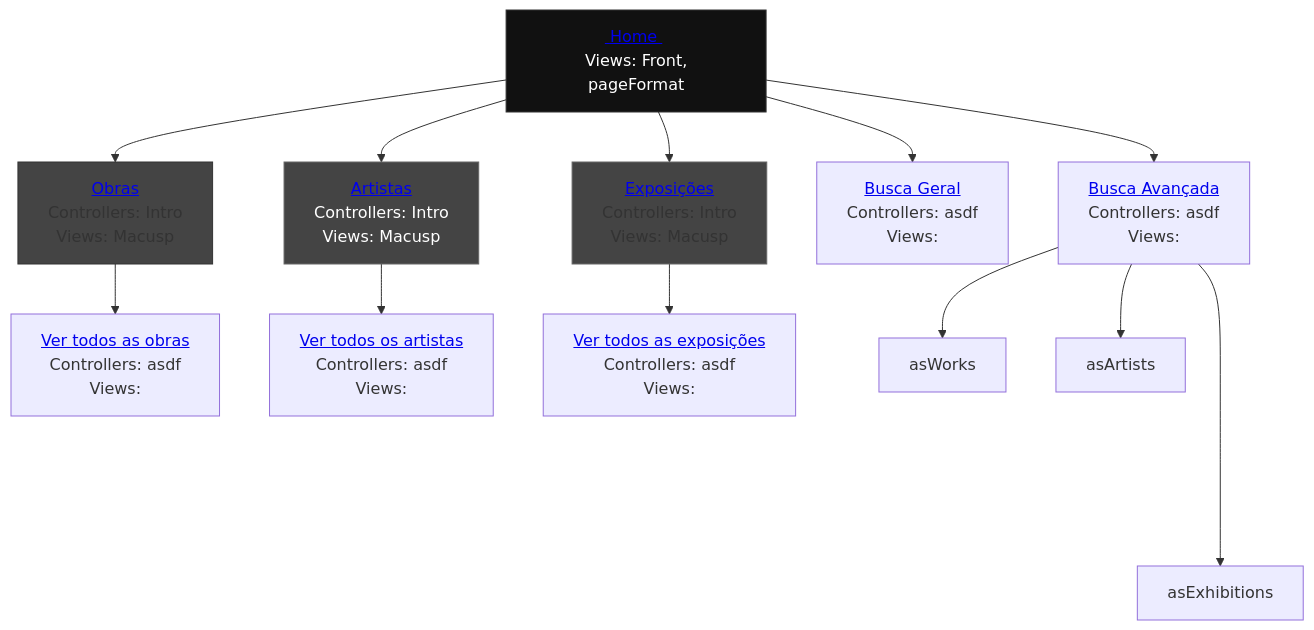
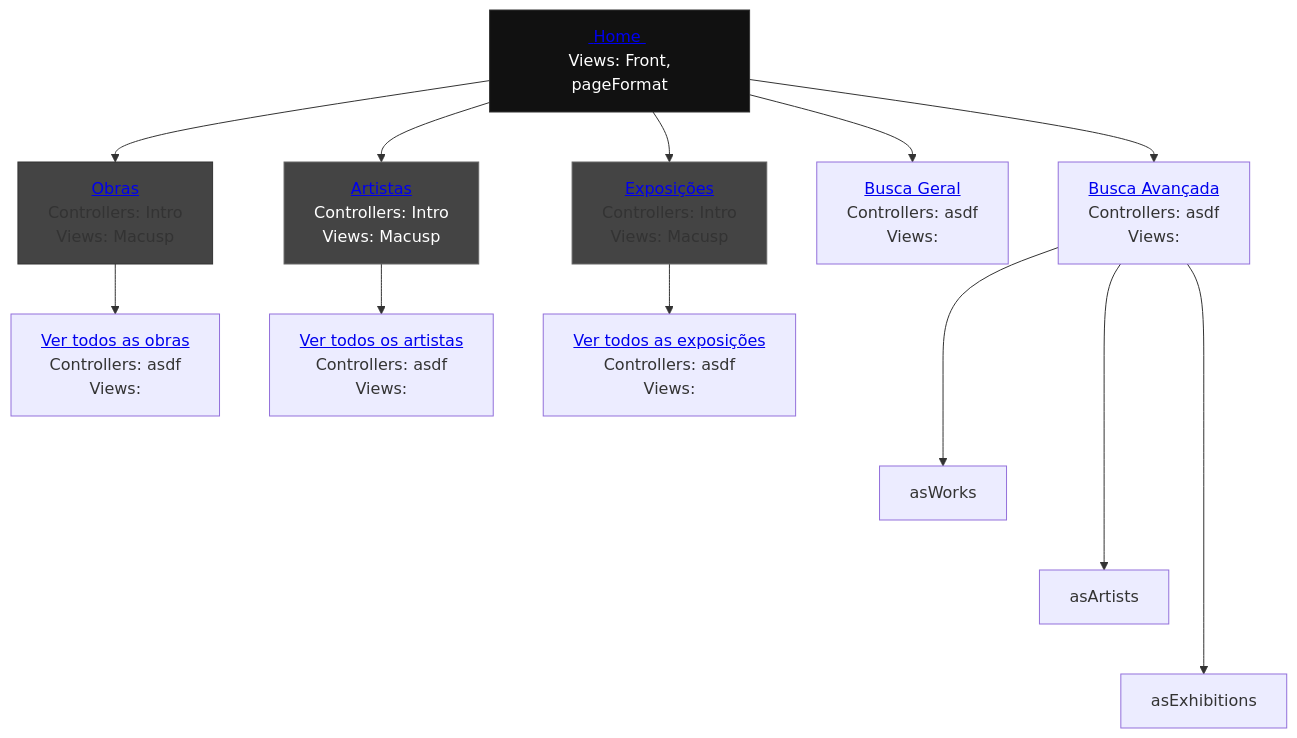
Before and after one commit to reynaldocv/macusp: the diagram in README.md, drawn with Mermaid.

````diff
--- a/README.md
+++ b/README.md
@@ -245,33 +245,33 @@
 ```mermaid
 graph TD
     %% Parte superior e inferior del primer puesto
     home["           <a href='http://143.107.130.173/admacervo/macusp/index.php'> Home </a> <br> Views: Front, pageFormat"]
     works["          <a href='http://143.107.130.173/admacervo/macusp/index.php/Intro/works'>Obras</a>      <br> Controllers: Intro <br> Views: Macusp"]
     artists["        <a href='http://143.107.130.173/admacervo/macusp/index.php/Intro/artists'>Artistas</a>  <br> Controllers: Intro <br> Views: Macusp"]
     exhibitions["    <a href='http://143.107.130.173/admacervo/macusp/index.php/Intro/exhibitions'>Exposições</a> <br> Controllers: Intro <br> Views: Macusp"]
     search["         <a href='https://link.com'> Busca Geral </a> <br>  Controllers: asdf <br>  Views: "]
     advancedSearch[" <a href='https://link.com'> Busca Avançada</a> <br>  Controllers: </strong> asdf <br>  Views: "]
     viewWorks[" <a href='https://link.com'> Ver todos as obras</a> <br>  Controllers: </strong> asdf <br>  Views: "]
     viewArtists[" <a href='https://link.com'> Ver todos os artistas</a> <br>  Controllers: </strong> asdf <br>  Views: "]
     viewExhibitions[" <a href='https://link.com'> Ver todos as exposições</a> <br>  Controllers: </strong> asdf <br>  Views: "]
     
     %% Conexión del organigrama (une la parte inferior de uno con la superior del otro)
     home --> works
     home --> artists
     home --> exhibitions
     home --> search
     home --> advancedSearch
     works --> viewWorks
     artists --> viewArtists    
     exhibitions --> viewExhibitions
-    advancedSearch --> asWorks
-    advancedSearch --> asArtists
+    advancedSearch ---> asWorks
+    advancedSearch ----> asArtists
     advancedSearch -----> asExhibitions
 
 
     %% Estilos para que parezcan una sola pieza
     style home fill:#111,stroke:#333,color:#fff
     style works fill:#444,stroke:#333
     style artists fill:#444,stroke:#666,color:#fff
     style exhibitions fill:#444,stroke:#666
 ```
````
